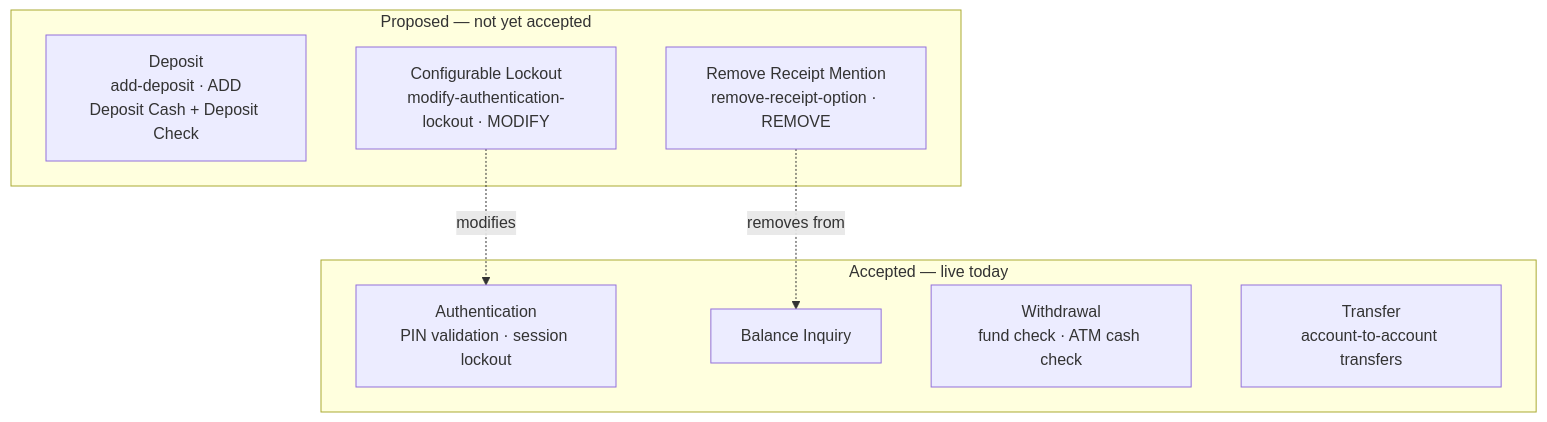
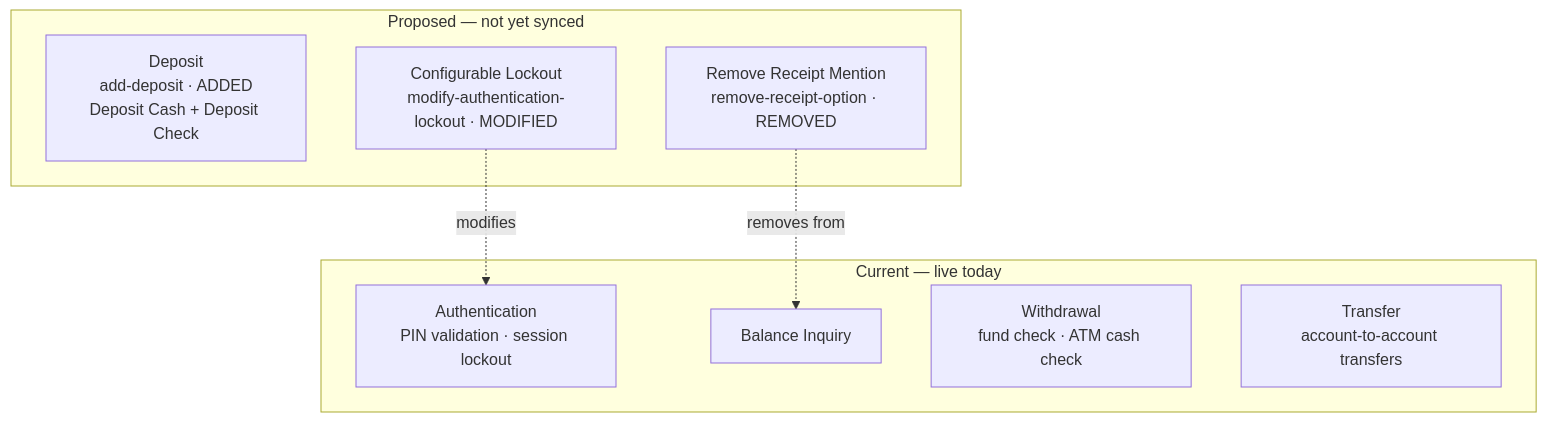
The third of 6 diagrams in README.md (clawaimax/openspec-atm), drawn with Mermaid before and after one commit. The commit also changed other lines of this file, not shown here.

````diff
--- a/README.md
+++ b/README.md
@@ -297,18 +308,18 @@
 ```mermaid
 flowchart TD
-    subgraph live ["Accepted — live today"]
+    subgraph live ["Current — live today"]
         A[Authentication\nPIN validation · session lockout]
         B[Balance Inquiry]
         C[Withdrawal\nfund check · ATM cash check]
         E[Transfer\naccount-to-account transfers]
     end
 
-    subgraph pending ["Proposed — not yet accepted"]
-        D[Deposit\nadd-deposit · ADD\nDeposit Cash + Deposit Check]
-        F[Configurable Lockout\nmodify-authentication-lockout · MODIFY]
-        G[Remove Receipt Mention\nremove-receipt-option · REMOVE]
+    subgraph pending ["Proposed — not yet synced"]
+        D[Deposit\nadd-deposit · ADDED\nDeposit Cash + Deposit Check]
+        F[Configurable Lockout\nmodify-authentication-lockout · MODIFIED]
+        G[Remove Receipt Mention\nremove-receipt-option · REMOVED]
     end
 
     F -. modifies .-> A
     G -. removes from .-> B
 ```
````
